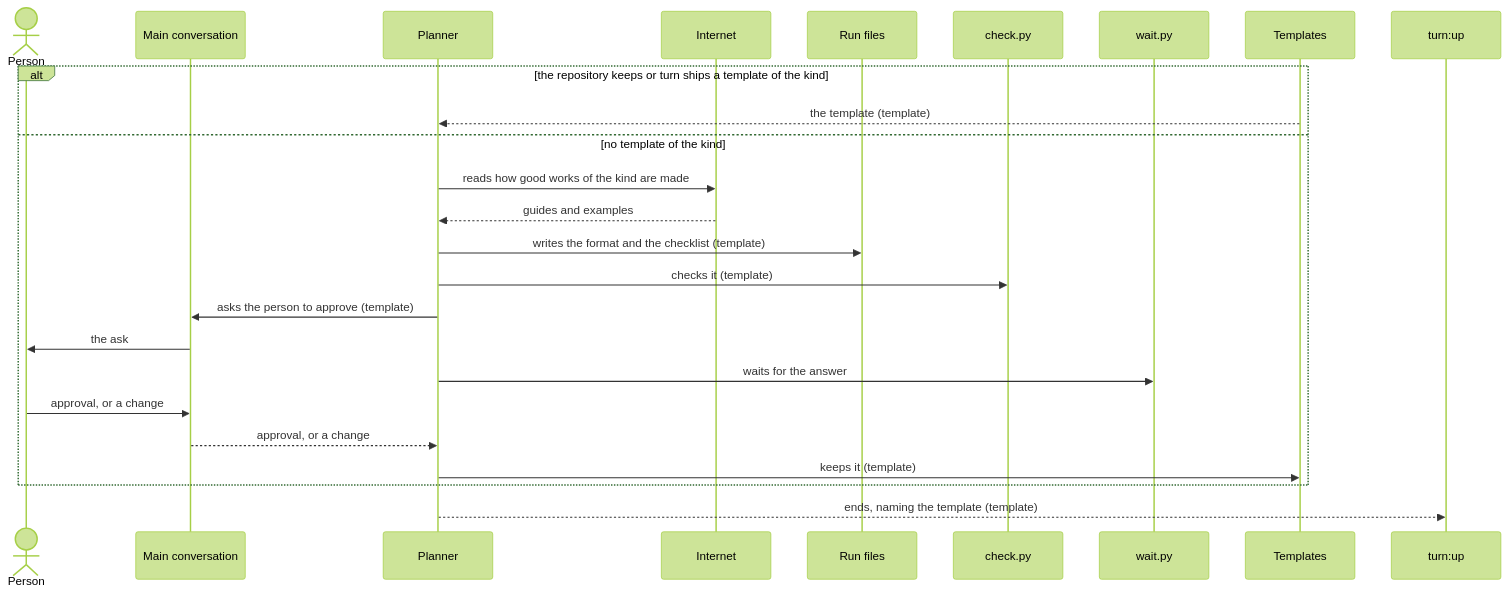
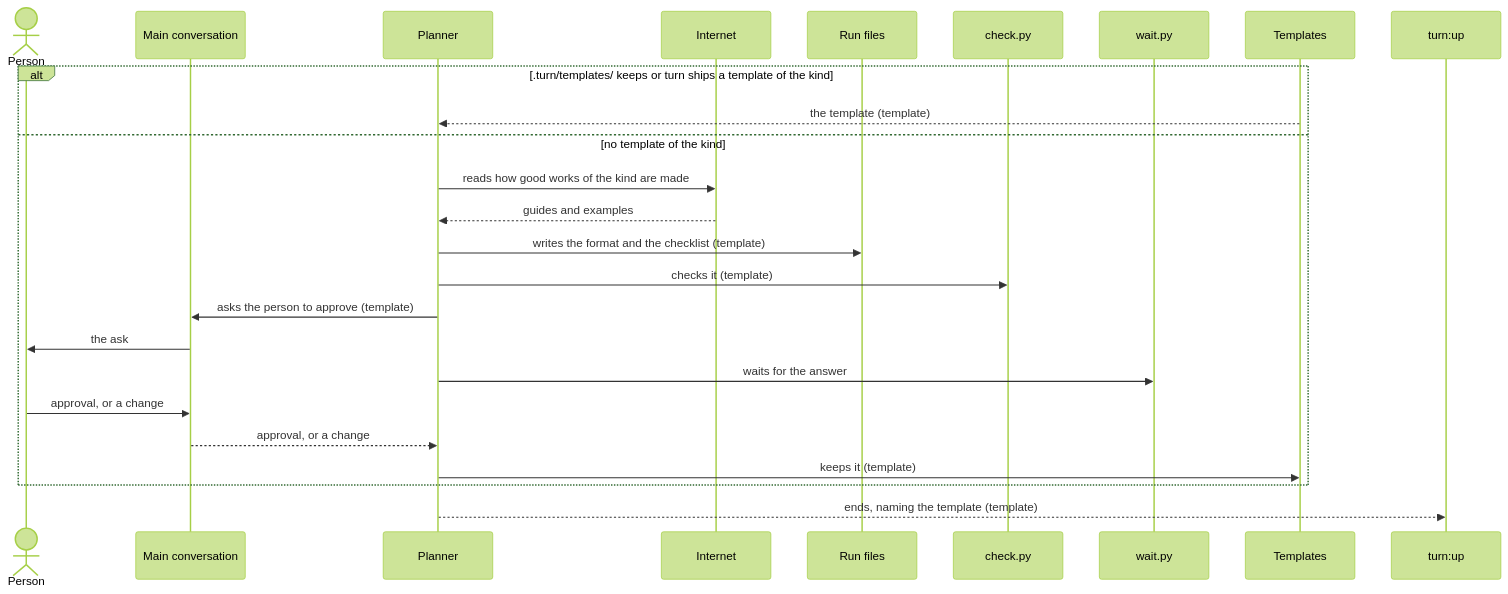
One commit to lovaizu/ccpm changed the second of 6 diagrams in dev/turn/architecture.md. Above: the diagram before and after it, drawn with Mermaid (forest theme). The commit also changed other lines of this file and 2 other files, not shown here.

````diff
--- a/dev/turn/architecture.md
+++ b/dev/turn/architecture.md
@@ -318,27 +321,27 @@
 ```mermaid
 sequenceDiagram
   actor P as Person
   participant M as Main conversation
   participant PL as Planner
   participant W as Internet
   participant R as Run files
   participant C as check.py
   participant WT as wait.py
   participant T as Templates
   participant U as turn:up
-  alt the repository keeps or turn ships a template of the kind
+  alt .turn/templates/ keeps or turn ships a template of the kind
     T-->>PL: the template (template)
   else no template of the kind
     PL->>W: reads how good works of the kind are made
     W-->>PL: guides and examples
     PL->>R: writes the format and the checklist (template)
     PL->>C: checks it (template)
     PL->>M: asks the person to approve (template)
     M->>P: the ask
     PL->>WT: waits for the answer
     P->>M: approval, or a change
     M-->>PL: approval, or a change
     PL->>T: keeps it (template)
   end
   PL-->>U: ends, naming the template (template)
 ```
````
